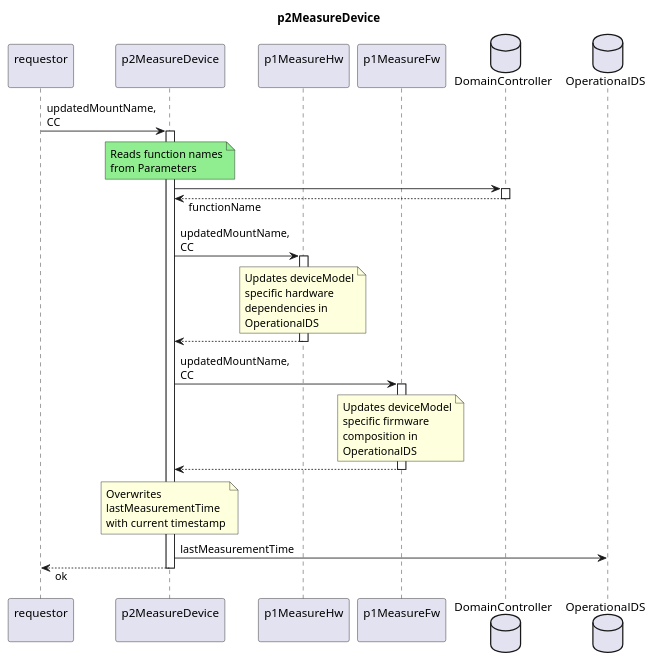
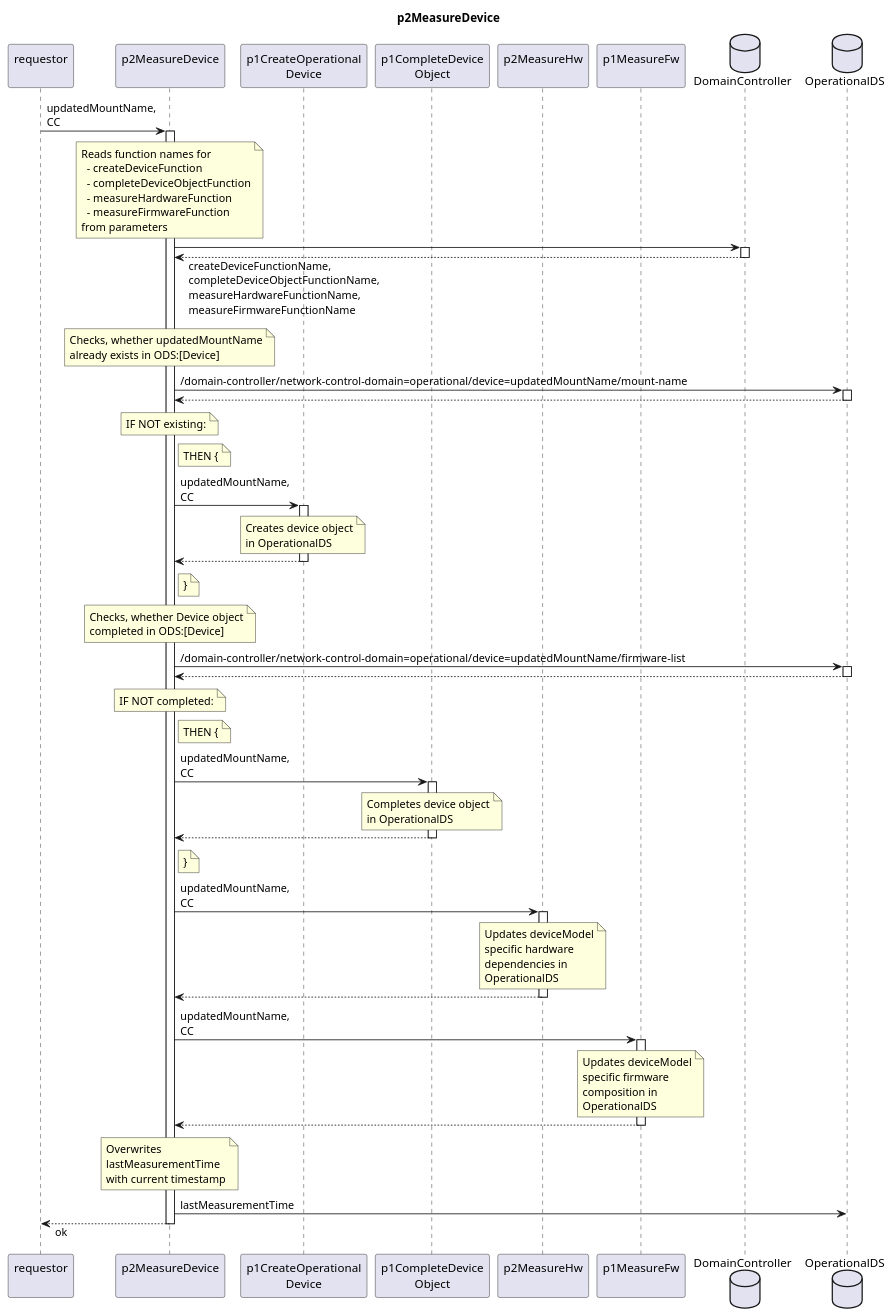
The diagram in spec/Functions/Measurement/p2MeasureDevice/1.0.0/p2MeasureDevice.plantuml (openBackhaul/FirmWareManager), drawn with PlantUML before and after one commit. The commit also changed 50 other files, not shown here.

Commit message:
Complete measurement with create device

```diff
--- a/spec/Functions/Measurement/p2MeasureDevice/1.0.0/p2MeasureDevice.plantuml
+++ b/spec/Functions/Measurement/p2MeasureDevice/1.0.0/p2MeasureDevice.plantuml
@@ -1,59 +1,118 @@
 @startuml p2MeasureDevice
 skinparam responseMessageBelowArrow true
 
 title
   p2MeasureDevice
 end title
 
 participant "requestor\n" as requestor
 participant "p2MeasureDevice\n" as indServ
-participant "p1MeasureHw\n" as updateHw
+participant "p1CreateOperational\nDevice" as createDev
+participant "p1CompleteDevice\nObject" as completeDev
+participant "p2MeasureHw\n" as updateHw
 participant "p1MeasureFw\n" as updateFw
 
 database "DomainController" as DC
 database "OperationalDS" as OpDS
 
 requestor -> indServ: updatedMountName,\nCC
 activate indServ
-  note over indServ #LightGreen
-    Reads function names
-    from Parameters
+  note over indServ
+    Reads function names for 
+      - createDeviceFunction
+      - completeDeviceObjectFunction
+      - measureHardwareFunction
+      - measureFirmwareFunction
+    from parameters
   end note
   indServ -> DC
   activate DC
-  indServ <-- DC: functionName
+  indServ <-- DC: createDeviceFunctionName,\ncompleteDeviceObjectFunctionName,\nmeasureHardwareFunctionName,\nmeasureFirmwareFunctionName
   deactivate DC
+
+  note over indServ
+    Checks, whether updatedMountName
+    already exists in ODS:[Device]
+  end note
+  indServ -> OpDS: /domain-controller/network-control-domain=operational/device=updatedMountName/mount-name
+  activate OpDS
+  indServ <-- OpDS
+  deactivate OpDS
+  note over indServ
+    IF NOT existing:
+  end note
+  note right indServ
+    THEN {
+  end note
+  indServ -> createDev: updatedMountName,\nCC
+  activate createDev
+    note over createDev
+      Creates device object
+      in OperationalDS
+    end note
+  indServ <-- createDev
+  deactivate createDev
+  note right indServ
+    }
+  end note
+
+  note over indServ
+    Checks, whether Device object
+    completed in ODS:[Device]
+  end note
+  indServ -> OpDS: /domain-controller/network-control-domain=operational/device=updatedMountName/firmware-list
+
+  activate OpDS
+  indServ <-- OpDS
+  deactivate OpDS
+  note over indServ
+    IF NOT completed:
+  end note
+  note right indServ
+    THEN {
+  end note
+  indServ -> completeDev: updatedMountName,\nCC
+  activate completeDev
+    note over completeDev
+      Completes device object
+      in OperationalDS
+    end note
+  indServ <-- completeDev
+  deactivate completeDev
+  note right indServ
+    }
+  end note
 
   indServ -> updateHw: updatedMountName,\nCC
   activate updateHw
     note over updateHw
       Updates deviceModel
       specific hardware
       dependencies in
       OperationalDS
     end note
   indServ <-- updateHw
   deactivate updateHw
 
   indServ -> updateFw: updatedMountName,\nCC
   activate updateFw
     note over updateFw
       Updates deviceModel
       specific firmware
       composition in
       OperationalDS
     end note
   indServ <-- updateFw
   deactivate updateFw
 
   note over indServ
     Overwrites
     lastMeasurementTime
     with current timestamp
   end note
   indServ -> OpDS: lastMeasurementTime
 
 requestor <-- indServ: ok
 deactivate indServ
 
 @enduml
```
